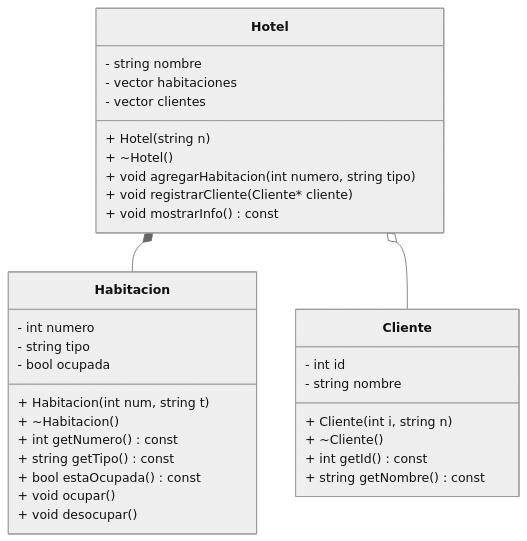
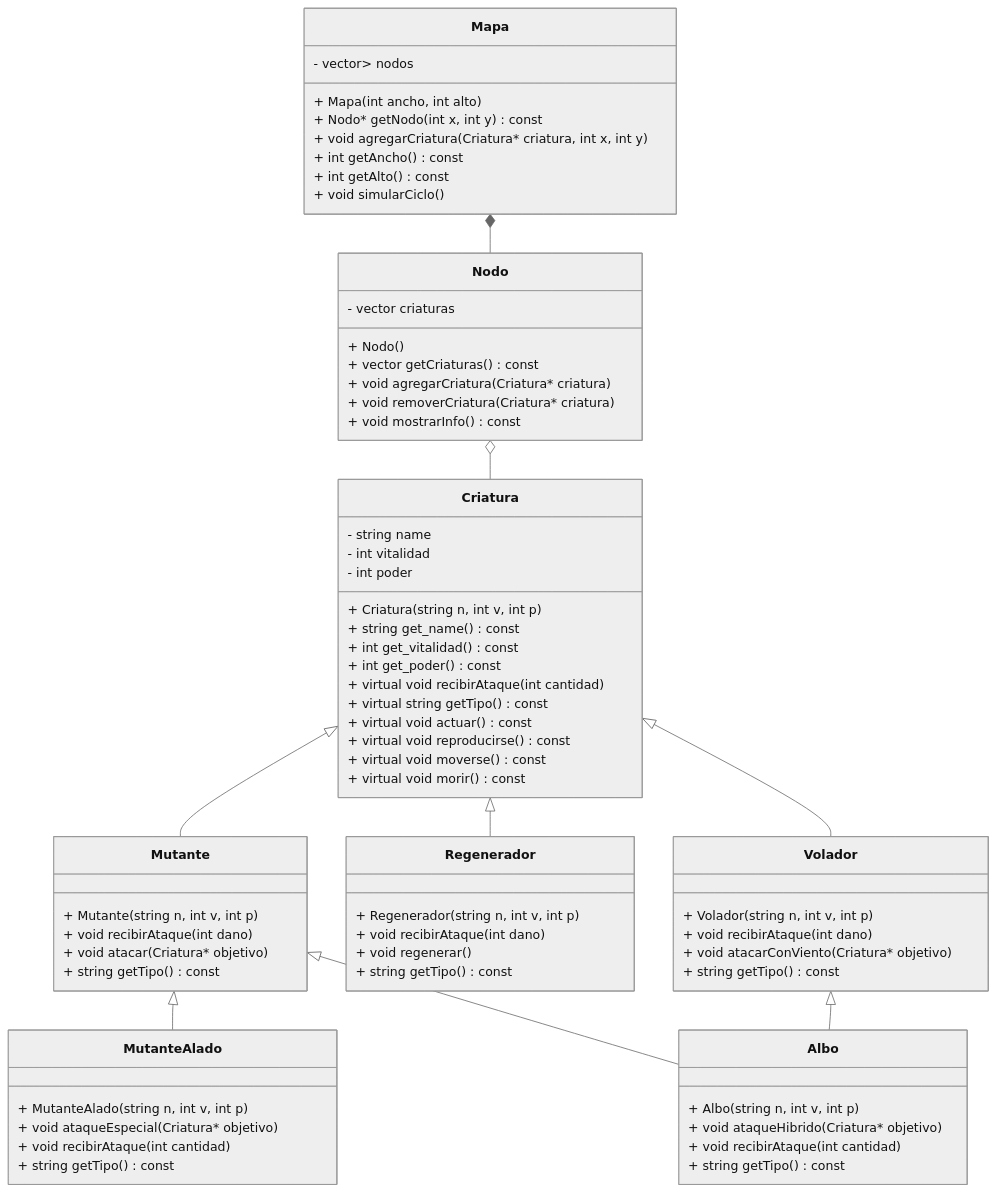
One commit to martin0731/ejercicios_21_marzo changed the diagram in ejercicio3.md. Above: the diagram before and after it, drawn with Mermaid (neutral theme).

````diff
--- a/ejercicio3.md
+++ b/ejercicio3.md
@@ -1,38 +1,83 @@
 ```mermaid
 classDiagram
-    class Habitacion {
-        - int numero
-        - string tipo
-        - bool ocupada
-        + Habitacion(int num, string t)
-        + ~Habitacion()
-        + int getNumero() const
-        + string getTipo() const
-        + bool estaOcupada() const
-        + void ocupar()
-        + void desocupar()
+    class Criatura {
+        - string name
+        - int vitalidad
+        - int poder
+        + Criatura(string n, int v, int p)
+        + string get_name() const
+        + int get_vitalidad() const
+        + int get_poder() const
+        + virtual void recibirAtaque(int cantidad)
+        + virtual string getTipo() const
+        + virtual void actuar() const
+        + virtual void reproducirse() const
+        + virtual void moverse() const
+        + virtual void morir() const
     }
 
-    class Cliente {
-        - int id
-        - string nombre
-        + Cliente(int i, string n)
-        + ~Cliente()
-        + int getId() const
-        + string getNombre() const
+    class Mutante {
+        + Mutante(string n, int v, int p)
+        + void recibirAtaque(int dano)
+        + void atacar(Criatura* objetivo)
+        + string getTipo() const
     }
 
-    class Hotel {
-        - string nombre
-        - vector<Habitacion> habitaciones
-        - vector<Cliente*> clientes
-        + Hotel(string n)
-        + ~Hotel()
-        + void agregarHabitacion(int numero, string tipo)
-        + void registrarCliente(Cliente* cliente)
+    class Regenerador {
+        + Regenerador(string n, int v, int p)
+        + void recibirAtaque(int dano)
+        + void regenerar()
+        + string getTipo() const
+    }
+
+    class Volador {
+        + Volador(string n, int v, int p)
+        + void recibirAtaque(int dano)
+        + void atacarConViento(Criatura* objetivo)
+        + string getTipo() const
+    }
+
+    class MutanteAlado {
+        + MutanteAlado(string n, int v, int p)
+        + void ataqueEspecial(Criatura* objetivo)
+        + void recibirAtaque(int cantidad)
+        + string getTipo() const
+    }
+
+    class Albo {
+        + Albo(string n, int v, int p)
+        + void ataqueHibrido(Criatura* objetivo)
+        + void recibirAtaque(int cantidad)
+        + string getTipo() const
+    }
+
+    class Nodo {
+        - vector<Criatura*> criaturas
+        + Nodo()
+        + vector<Criatura*> getCriaturas() const
+        + void agregarCriatura(Criatura* criatura)
+        + void removerCriatura(Criatura* criatura)
         + void mostrarInfo() const
     }
 
-    Hotel *-- Habitacion 
-    Hotel o-- Cliente
+    class Mapa {
+        - vector<vector<Nodo*>> nodos 
+        + Mapa(int ancho, int alto)
+        + Nodo* getNodo(int x, int y) const
+        + void agregarCriatura(Criatura* criatura, int x, int y)
+        + int getAncho() const
+        + int getAlto() const
+        + void simularCiclo()
+    }
+
+    Criatura <|-- Regenerador
+    Criatura <|-- Mutante
+    Criatura <|-- Volador
+    Mutante <|-- MutanteAlado
+    Mutante <|-- Albo
+    Volador <|-- Albo
+
+    Mapa *-- Nodo
+    Nodo o-- Criatura
+
 ```
````
